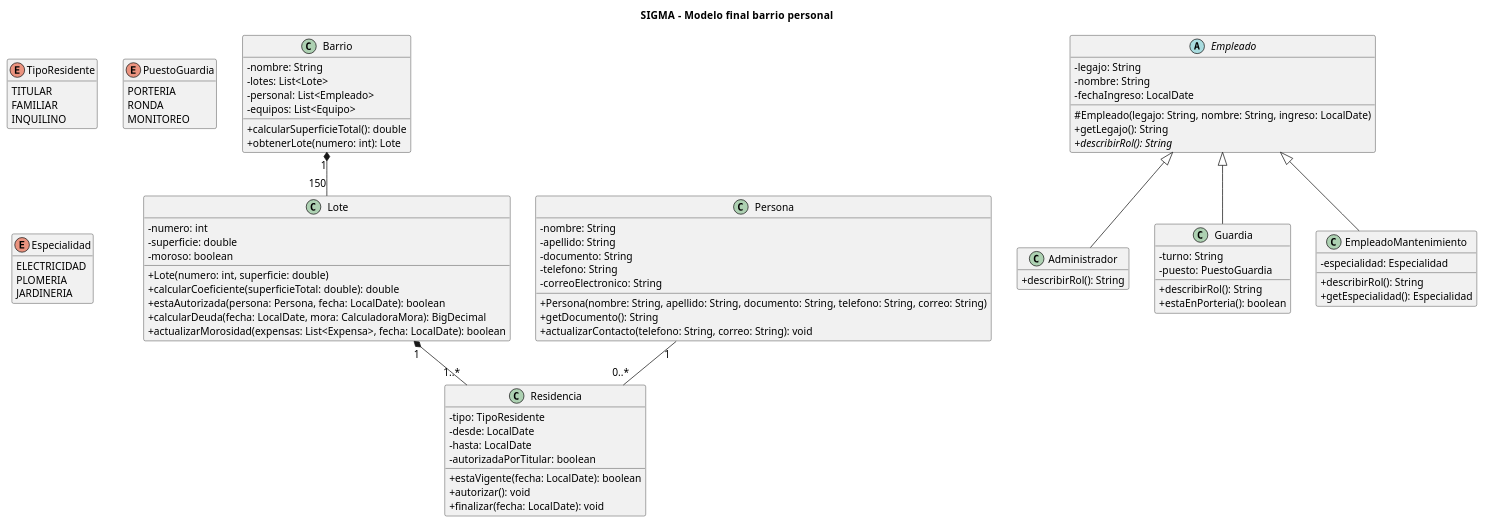
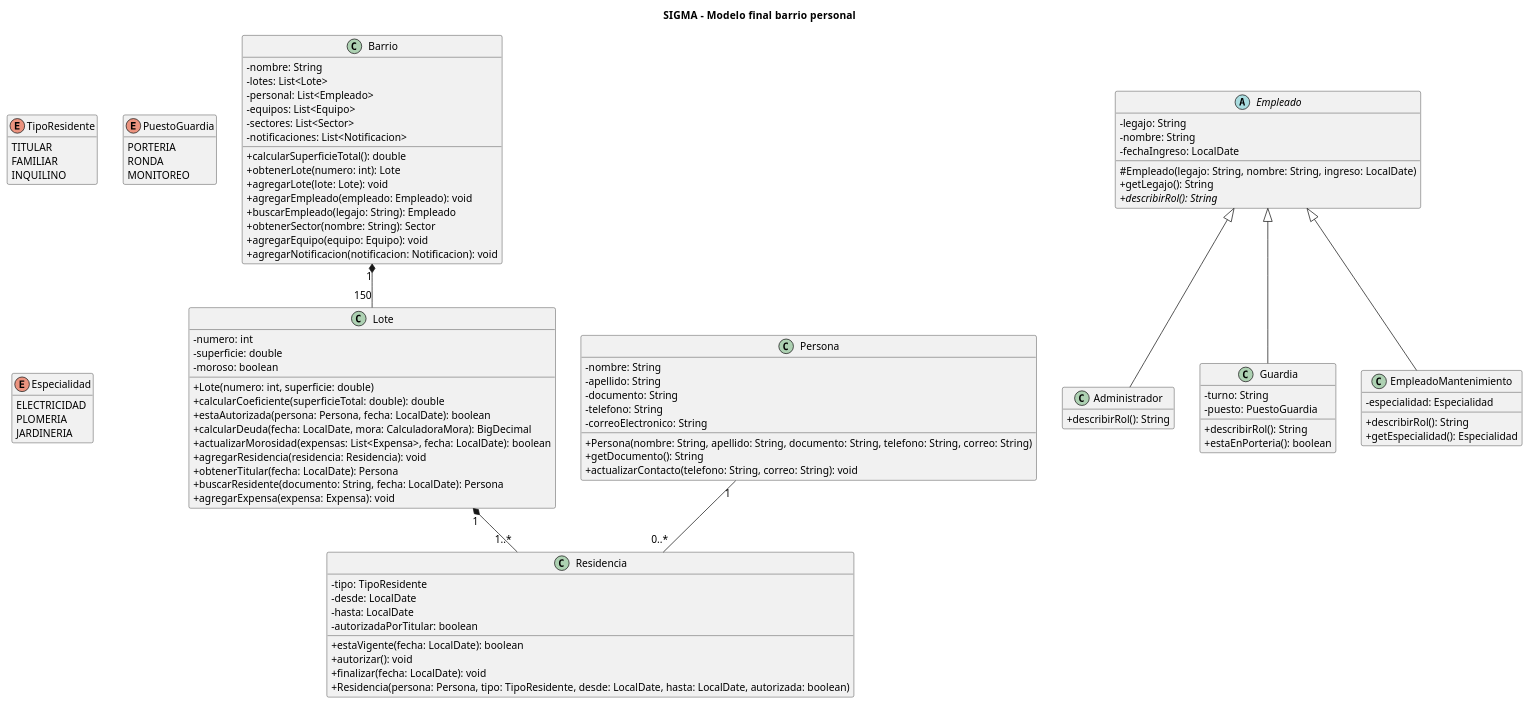
Before and after one commit to fedemarr/TP-POO-SIGMA: the diagram in docs/uml/01-barrio-personal.puml, drawn with PlantUML. The commit also changed 42 other files, not shown here.

```diff
--- a/docs/uml/01-barrio-personal.puml
+++ b/docs/uml/01-barrio-personal.puml
@@ -1,100 +1,113 @@
 @startuml 01-barrio-personal
 title SIGMA - Modelo final   barrio personal
 scale max 3800*3800
 skinparam defaultFontName Arial
 skinparam defaultFontSize 14
 skinparam classAttributeIconSize 0
 skinparam shadowing false
 hide empty members
 
 class Barrio {
     - nombre: String
     - lotes: List<Lote>
     - personal: List<Empleado>
     - equipos: List<Equipo>
+    - sectores: List<Sector>
+    - notificaciones: List<Notificacion>
     + calcularSuperficieTotal(): double
     + obtenerLote(numero: int): Lote
+    + agregarLote(lote: Lote): void
+    + agregarEmpleado(empleado: Empleado): void
+    + buscarEmpleado(legajo: String): Empleado
+    + obtenerSector(nombre: String): Sector
+    + agregarEquipo(equipo: Equipo): void
+    + agregarNotificacion(notificacion: Notificacion): void
   }
 
 class Persona {
     - nombre: String
     - apellido: String
     - documento: String
     - telefono: String
     - correoElectronico: String
     + Persona(nombre: String, apellido: String, documento: String, telefono: String, correo: String)
     + getDocumento(): String
     + actualizarContacto(telefono: String, correo: String): void
   }
 
 class Lote {
     - numero: int
     - superficie: double
     - moroso: boolean
     + Lote(numero: int, superficie: double)
     + calcularCoeficiente(superficieTotal: double): double
     + estaAutorizada(persona: Persona, fecha: LocalDate): boolean
     + calcularDeuda(fecha: LocalDate, mora: CalculadoraMora): BigDecimal
     + actualizarMorosidad(expensas: List<Expensa>, fecha: LocalDate): boolean
+    + agregarResidencia(residencia: Residencia): void
+    + obtenerTitular(fecha: LocalDate): Persona
+    + buscarResidente(documento: String, fecha: LocalDate): Persona
+    + agregarExpensa(expensa: Expensa): void
   }
 
 class Residencia {
     - tipo: TipoResidente
     - desde: LocalDate
     - hasta: LocalDate
     - autorizadaPorTitular: boolean
     + estaVigente(fecha: LocalDate): boolean
     + autorizar(): void
     + finalizar(fecha: LocalDate): void
+    + Residencia(persona: Persona, tipo: TipoResidente, desde: LocalDate, hasta: LocalDate, autorizada: boolean)
   }
 
 enum TipoResidente {
     TITULAR
     FAMILIAR
     INQUILINO
   }
 
 abstract class Empleado {
     - legajo: String
     - nombre: String
     - fechaIngreso: LocalDate
     # Empleado(legajo: String, nombre: String, ingreso: LocalDate)
     + getLegajo(): String
     + {abstract} describirRol(): String
   }
 
 class Administrador {
     + describirRol(): String
   }
 
 class Guardia {
     - turno: String
     - puesto: PuestoGuardia
     + describirRol(): String
     + estaEnPorteria(): boolean
   }
 
 class EmpleadoMantenimiento {
     - especialidad: Especialidad
     + describirRol(): String
     + getEspecialidad(): Especialidad
   }
 
 enum PuestoGuardia {
     PORTERIA
     RONDA
     MONITOREO
   }
 
 enum Especialidad {
     ELECTRICIDAD
     PLOMERIA
     JARDINERIA
   }
 Barrio "1" *-- "150" Lote
 Lote "1" *-- "1..*" Residencia
 Persona "1" -- "0..*" Residencia
 Empleado <|-- Administrador
 Empleado <|-- Guardia
 Empleado <|-- EmpleadoMantenimiento
 @enduml
```
